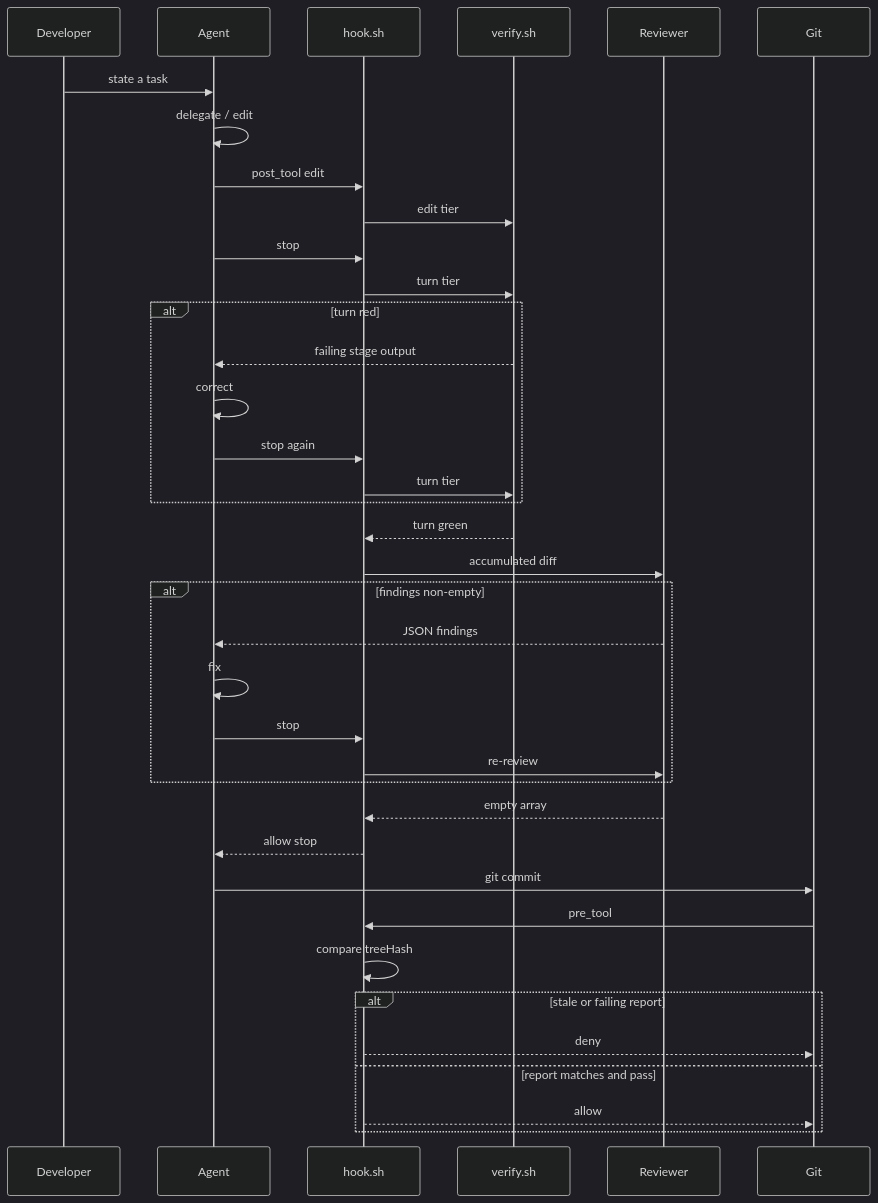
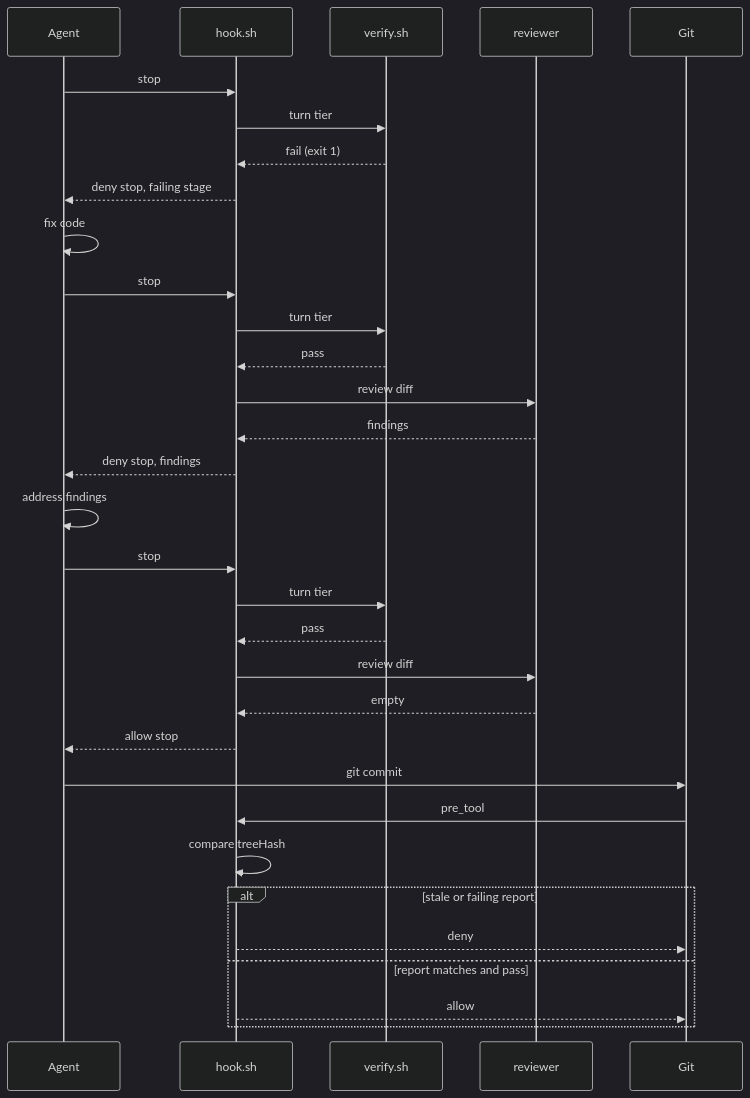
The second of 5 diagrams in README.md (lucamezzalira/harness-loop-engineering), drawn with Mermaid (dark theme) before and after one commit. The commit also changed other lines of this file and 36 other files, not shown here.

````diff
--- a/README.md
+++ b/README.md
@@ -71,39 +74,34 @@
 ```mermaid
 sequenceDiagram
-  participant Dev as Developer
   participant Agent
   participant Hook as hook.sh
   participant Verify as verify.sh
-  participant Review as Reviewer
+  participant Review as reviewer
   participant Git
-  Dev->>Agent: state a task
-  Agent->>Agent: delegate / edit
-  Agent->>Hook: post_tool edit
-  Hook->>Verify: edit tier
   Agent->>Hook: stop
   Hook->>Verify: turn tier
-  alt turn red
-    Verify-->>Agent: failing stage output
-    Agent->>Agent: correct
-    Agent->>Hook: stop again
-    Hook->>Verify: turn tier
-  end
-  Verify-->>Hook: turn green
-  Hook->>Review: accumulated diff
-  alt findings non-empty
-    Review-->>Agent: JSON findings
-    Agent->>Agent: fix
-    Agent->>Hook: stop
-    Hook->>Review: re-review
-  end
-  Review-->>Hook: empty array
+  Verify-->>Hook: fail (exit 1)
+  Hook-->>Agent: deny stop, failing stage
+  Agent->>Agent: fix code
+  Agent->>Hook: stop
+  Hook->>Verify: turn tier
+  Verify-->>Hook: pass
+  Hook->>Review: review diff
+  Review-->>Hook: findings
+  Hook-->>Agent: deny stop, findings
+  Agent->>Agent: address findings
+  Agent->>Hook: stop
+  Hook->>Verify: turn tier
+  Verify-->>Hook: pass
+  Hook->>Review: review diff
+  Review-->>Hook: empty
   Hook-->>Agent: allow stop
   Agent->>Git: git commit
   Git->>Hook: pre_tool
   Hook->>Hook: compare treeHash
   alt stale or failing report
     Hook-->>Git: deny
   else report matches and pass
     Hook-->>Git: allow
   end
 ```
````
